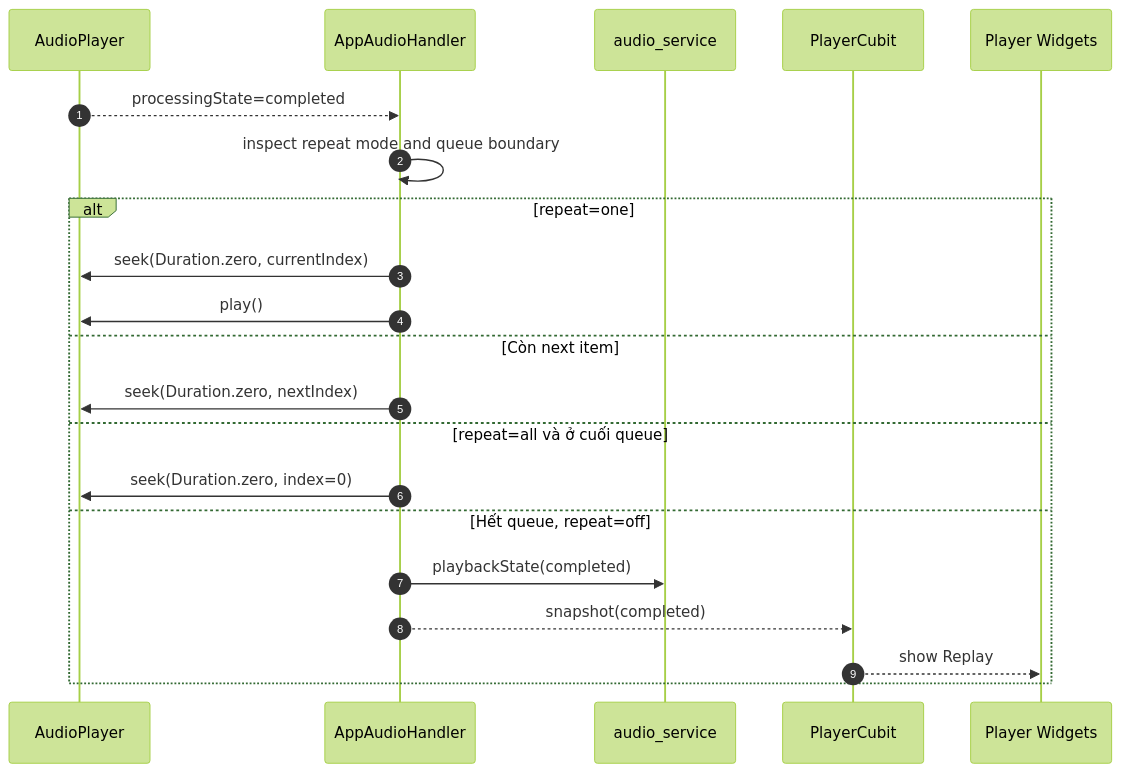
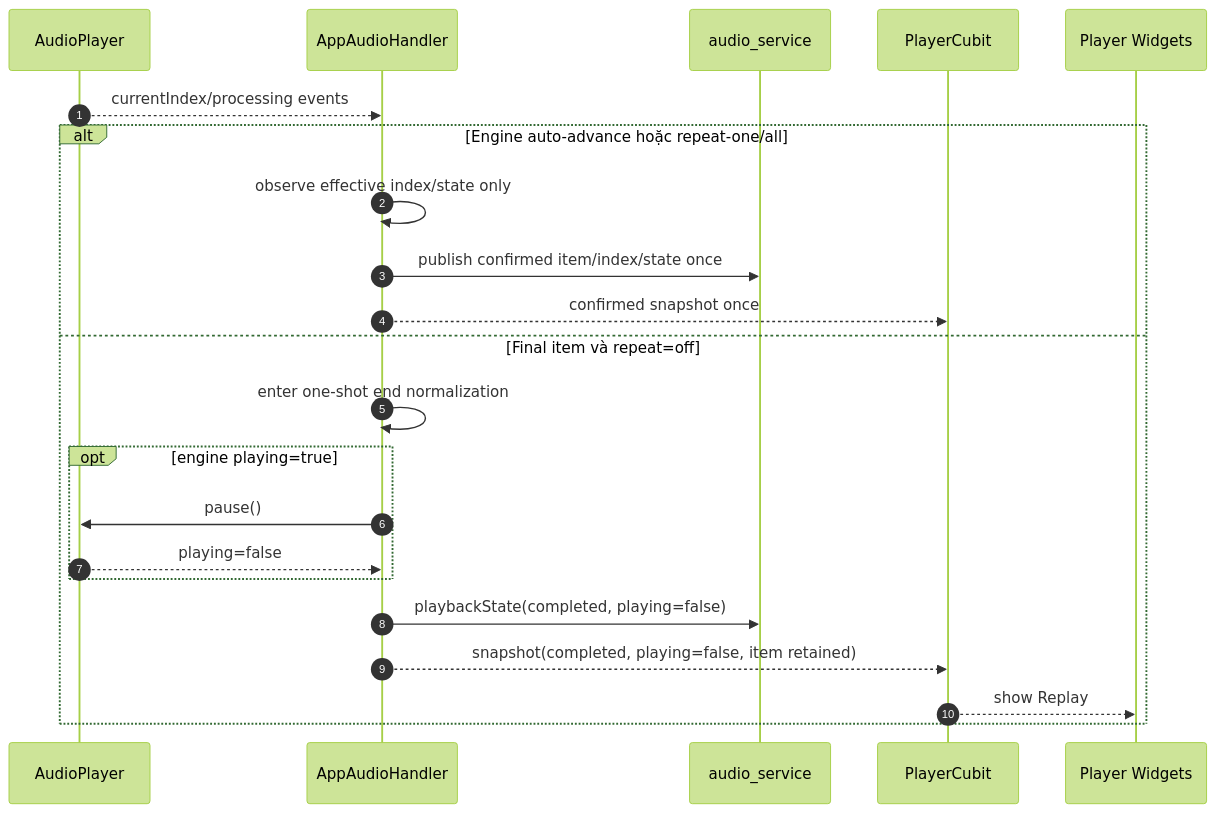
Before and after one commit to ViUniverse/ViListen: diagram 11 of 29 in docs/player-behavioral-diagrams.md, drawn with Mermaid (forest theme). The commit also changed other lines of this file and 4 other files, not shown here.

````diff
--- a/docs/player-behavioral-diagrams.md
+++ b/docs/player-behavioral-diagrams.md
@@ -538,25 +580,26 @@
 ```mermaid
 sequenceDiagram
 autonumber
 participant Engine as AudioPlayer
 participant Handler as AppAudioHandler
 participant AS as audio_service
 participant Cubit as PlayerCubit
 participant UI as Player Widgets
 
-Engine-->>Handler: processingState=completed
-Handler->>Handler: inspect repeat mode and queue boundary
+Engine-->>Handler: currentIndex/processing events
 
-alt repeat=one
-  Handler->>Engine: seek(Duration.zero, currentIndex)
-  Handler->>Engine: play()
-else Còn next item
-  Handler->>Engine: seek(Duration.zero, nextIndex)
-else repeat=all và ở cuối queue
-  Handler->>Engine: seek(Duration.zero, index=0)
-else Hết queue, repeat=off
-  Handler->>AS: playbackState(completed)
-  Handler-->>Cubit: snapshot(completed)
+alt Engine auto-advance hoặc repeat-one/all
+  Handler->>Handler: observe effective index/state only
+  Handler->>AS: publish confirmed item/index/state once
+  Handler-->>Cubit: confirmed snapshot once
+else Final item và repeat=off
+  Handler->>Handler: enter one-shot end normalization
+  opt engine playing=true
+    Handler->>Engine: pause()
+    Engine-->>Handler: playing=false
+  end
+  Handler->>AS: playbackState(completed, playing=false)
+  Handler-->>Cubit: snapshot(completed, playing=false, item retained)
   Cubit-->>UI: show Replay
 end
 ```
````
